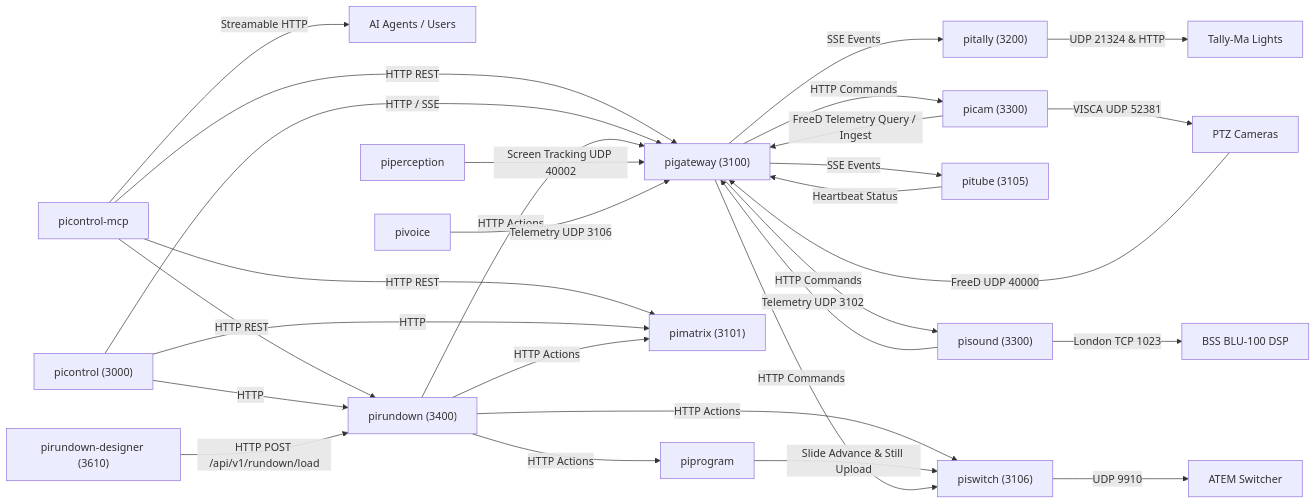
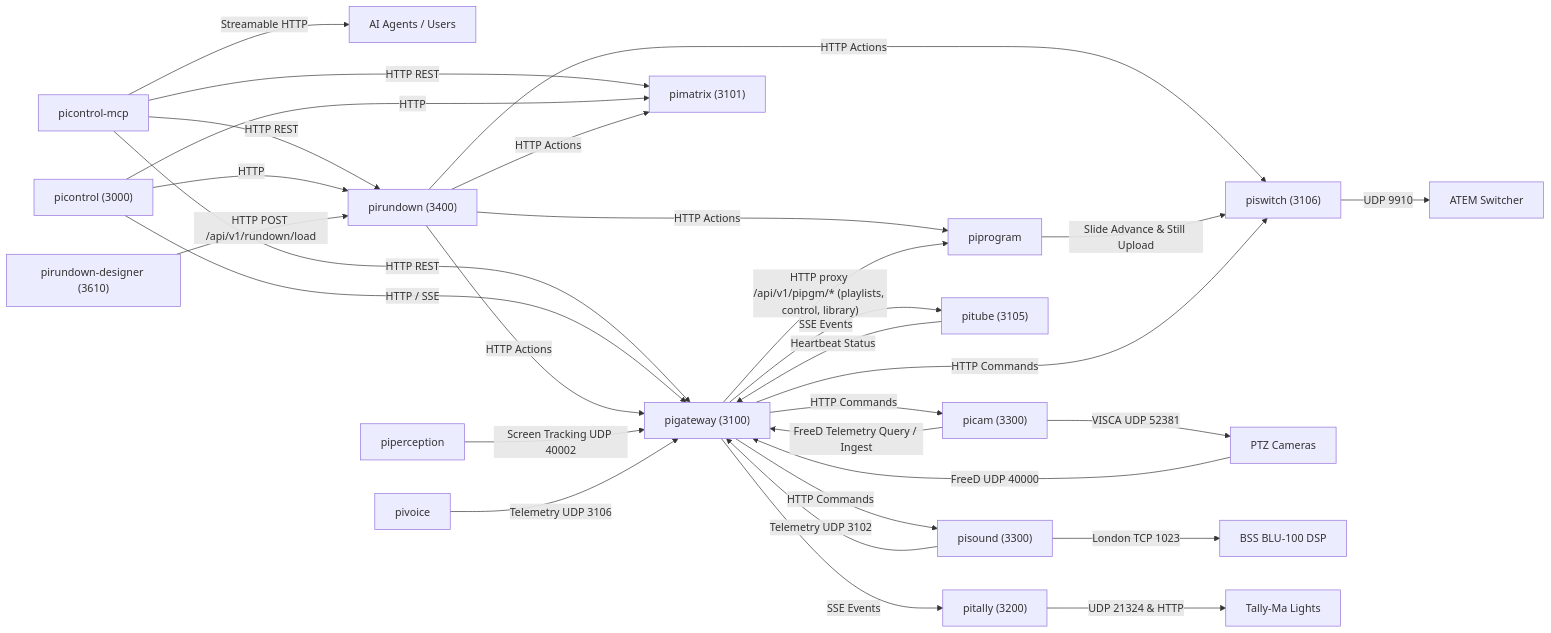
One commit to jsilvanus/piecosystem changed the diagram in docs/inter-service-matrix.md. Above: the diagram before and after it, drawn with Mermaid. The commit also changed other lines of this file, not shown here.

First line of the commit message:
Document the pigateway proxy of piprogram playlist routes

````diff
--- a/docs/inter-service-matrix.md
+++ b/docs/inter-service-matrix.md
@@ -59,39 +59,40 @@
 ```mermaid
 graph LR
     MCP["picontrol-mcp"] -->|Streamable HTTP| OPERATOR["AI Agents / Users"]
     MCP -->|HTTP REST| PIGATEWAY["pigateway (3100)"]
     MCP -->|HTTP REST| PIRUNDOWN["pirundown (3400)"]
     MCP -->|HTTP REST| PIMATRIX["pimatrix (3101)"]
 
     PICONTROL["picontrol (3000)"] -->|HTTP / SSE| PIGATEWAY
     PICONTROL -->|HTTP| PIRUNDOWN
     PICONTROL -->|HTTP| PIMATRIX
 
     DESIGNER["pirundown-designer (3610)"] -->|HTTP POST /api/v1/rundown/load| PIRUNDOWN
 
     PIRUNDOWN -->|HTTP Actions| PIGATEWAY
     PIRUNDOWN -->|HTTP Actions| PIMATRIX
     PIRUNDOWN -->|HTTP Actions| PISWITCH["piswitch (3106)"]
     PIRUNDOWN -->|HTTP Actions| PIPROGRAM["piprogram"]
 
     PIPROGRAM -->|Slide Advance & Still Upload| PISWITCH
 
     PIGATEWAY -->|SSE Events| PITALLY["pitally (3200)"]
     PIGATEWAY -->|SSE Events| PITUBE["pitube (3105)"]
     PIGATEWAY -->|HTTP Commands| PICAM["picam (3300)"]
     PIGATEWAY -->|HTTP Commands| PISOUND["pisound (3300)"]
     PIGATEWAY -->|HTTP Commands| PISWITCH
+    PIGATEWAY -->|"HTTP proxy /api/v1/pipgm/* (playlists, control, library)"| PIPROGRAM
 
     PICAM -->|FreeD Telemetry Query / Ingest| PIGATEWAY
     CAMS["PTZ Cameras"] -->|FreeD UDP 40000| PIGATEWAY
 
     PITUBE -->|Heartbeat Status| PIGATEWAY
     PERCEPTION["piperception"] -->|Screen Tracking UDP 40002| PIGATEWAY
     PIVOICE["pivoice"] -->|Telemetry UDP 3106| PIGATEWAY
     PISOUND -->|Telemetry UDP 3102| PIGATEWAY
 
     PICAM -->|VISCA UDP 52381| CAMS["PTZ Cameras"]
     PISOUND -->|London TCP 1023| BSS["BSS BLU-100 DSP"]
     PISWITCH -->|UDP 9910| ATEM["ATEM Switcher"]
     PITALLY -->|UDP 21324 & HTTP| TALLIES["Tally-Ma Lights"]
 ```
````
